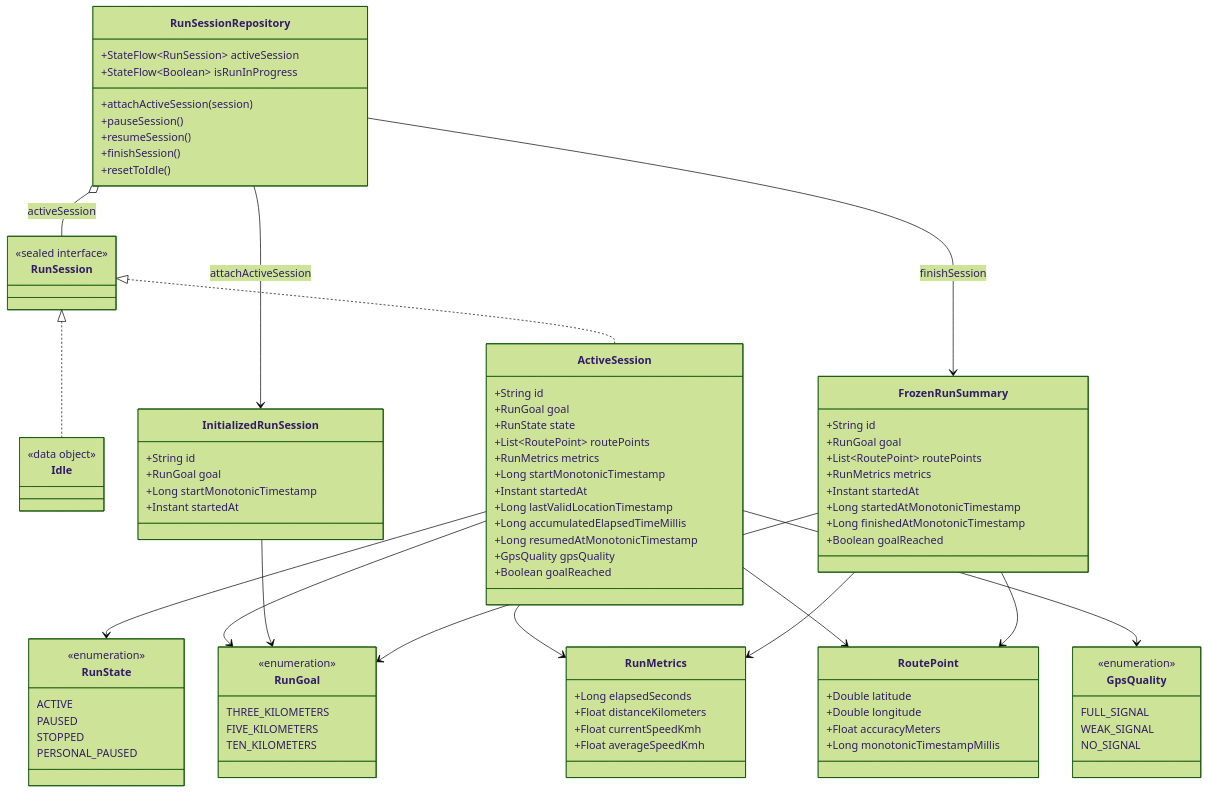
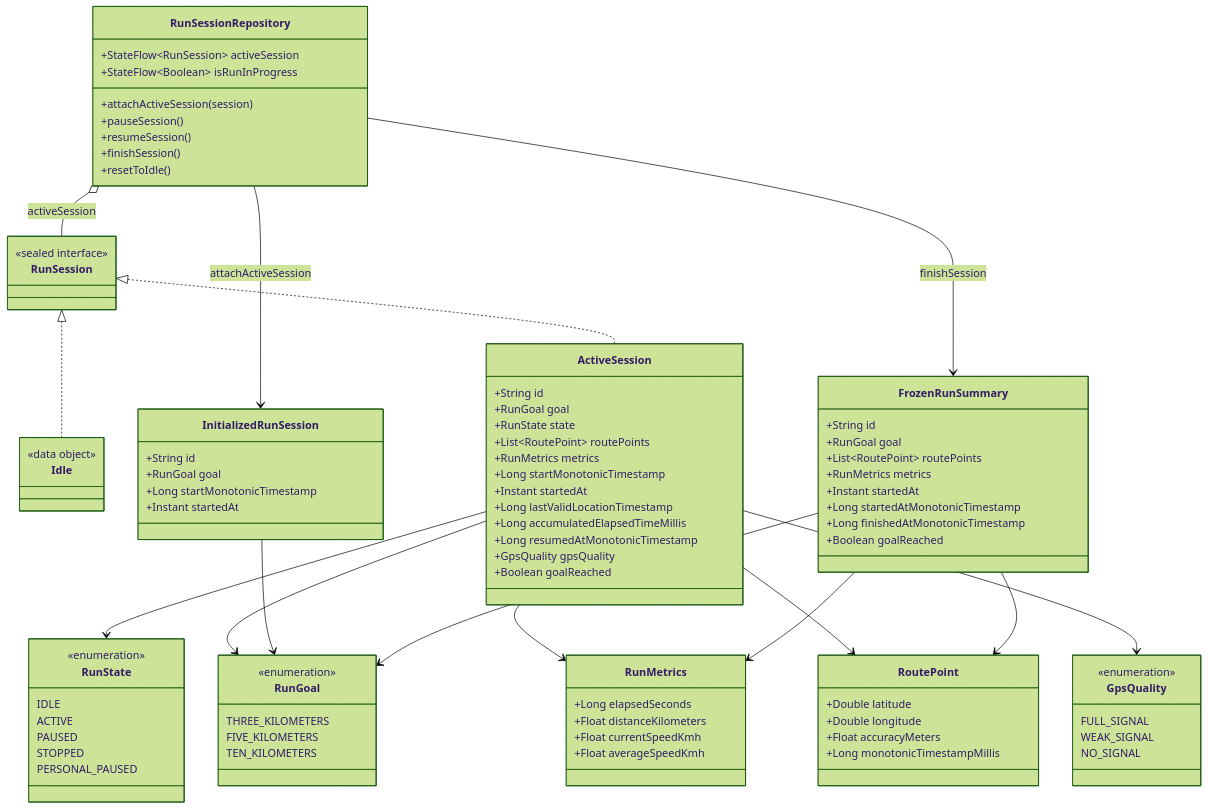
The fifth of 5 diagrams in .kiro/specs/live-route-tracking/design.md (unlam-tec-movil/A3-2026-H2-E2), drawn with Mermaid (forest theme) before and after one commit. The commit also changed other lines of this file, not shown here.

```diff
--- a/.kiro/specs/live-route-tracking/design.md
+++ b/.kiro/specs/live-route-tracking/design.md
@@ -1105,6 +1106,7 @@
 
     class RunState {
         <<enumeration>>
+        IDLE        
         ACTIVE
         PAUSED
         STOPPED
```
